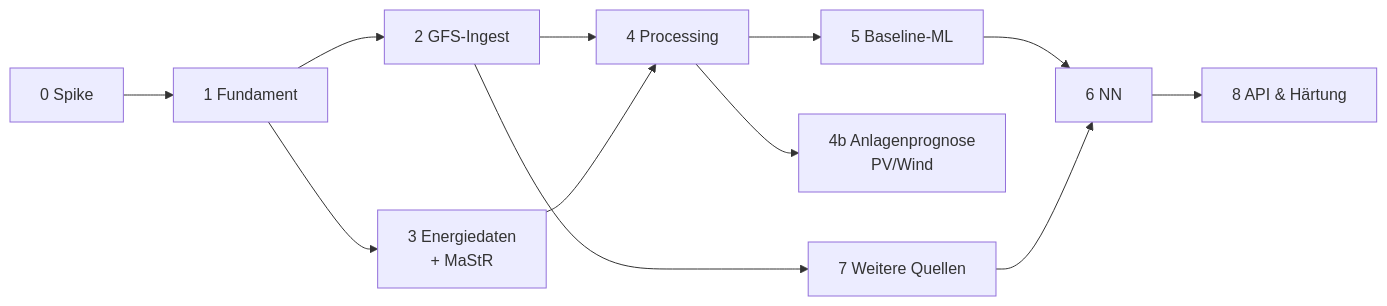
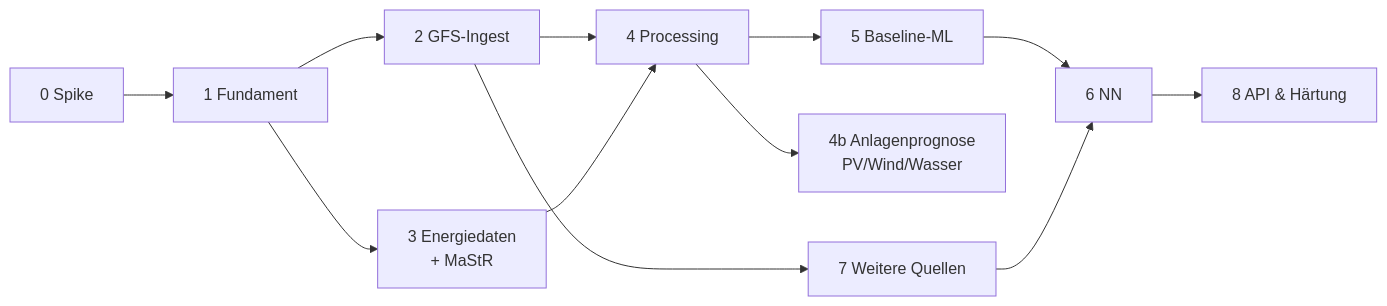
Diagram 15 of 15 in docs/ARCHITEKTUR.md (the78mole/PredictionDB), drawn with Mermaid before and after one commit. The commit also changed other lines of this file, not shown here.

````diff
--- a/docs/ARCHITEKTUR.md
+++ b/docs/ARCHITEKTUR.md
@@ -1124,12 +1148,12 @@
 ```mermaid
 flowchart LR
     P0["0 Spike"] --> P1["1 Fundament"] --> P2["2 GFS-Ingest"]
     P1 --> P3["3 Energiedaten<br/>+ MaStR"]
     P2 --> P4["4 Processing"]
     P3 --> P4
     P4 --> P5["5 Baseline-ML"] --> P6["6 NN"]
-    P4 --> P4B["4b Anlagenprognose<br/>PV/Wind"]
+    P4 --> P4B["4b Anlagenprognose<br/>PV/Wind/Wasser"]
     P2 --> P7["7 Weitere Quellen"]
     P7 --> P6
     P6 --> P8["8 API & Härtung"]
 ```
````
